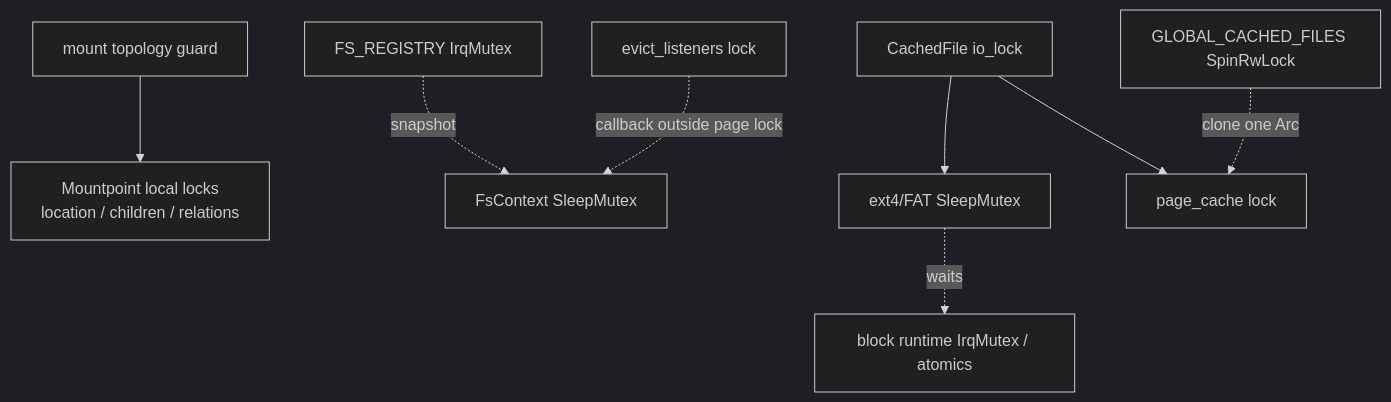
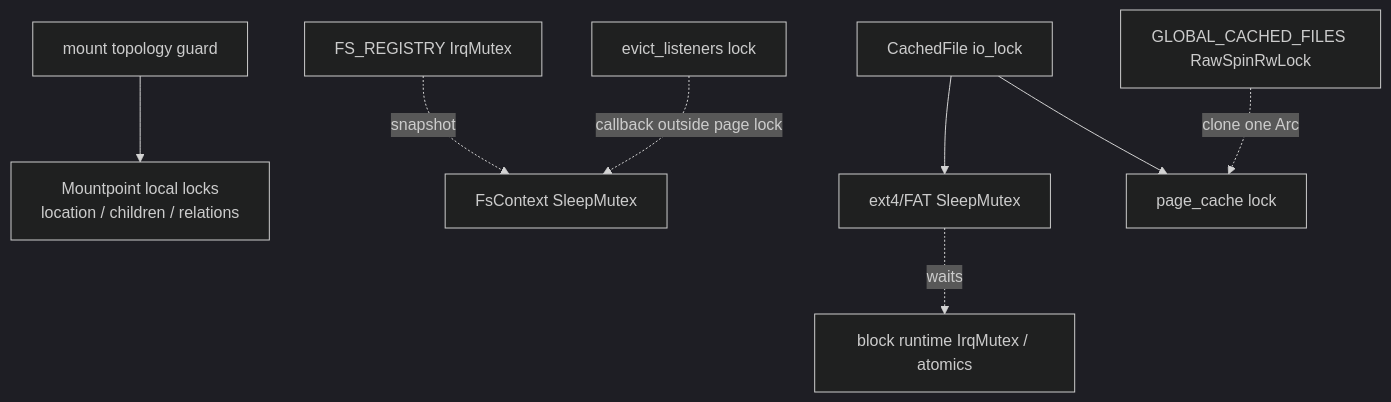
Before and after one commit to rcore-os/tgoskits: the diagram in docs/docs/architecture/fs/concurrency.md, drawn with Mermaid (dark theme). The commit also changed other lines of this file and 316 other files, not shown here.

````diff
--- a/docs/docs/architecture/fs/concurrency.md
+++ b/docs/docs/architecture/fs/concurrency.md
@@ -32,21 +32,21 @@
 ```mermaid
 flowchart TB
     Topology["mount topology guard"]
     Mount["Mountpoint local locks\nlocation / children / relations"]
     ContextReg["FS_REGISTRY IrqMutex"]
     Context["FsContext SleepMutex"]
     FsState["ext4/FAT SleepMutex"]
     Io["CachedFile io_lock"]
     Page["page_cache lock"]
     Listener["evict_listeners lock"]
-    Reclaim["GLOBAL_CACHED_FILES SpinRwLock"]
+    Reclaim["GLOBAL_CACHED_FILES RawSpinRwLock"]
     Runtime["block runtime IrqMutex / atomics"]
 
     Topology --> Mount
     ContextReg -. snapshot .-> Context
     Io --> Page
     Io --> FsState
     Reclaim -. clone one Arc .-> Page
     Listener -. callback outside page lock .-> Context
     FsState -. waits .-> Runtime
 ```
````
